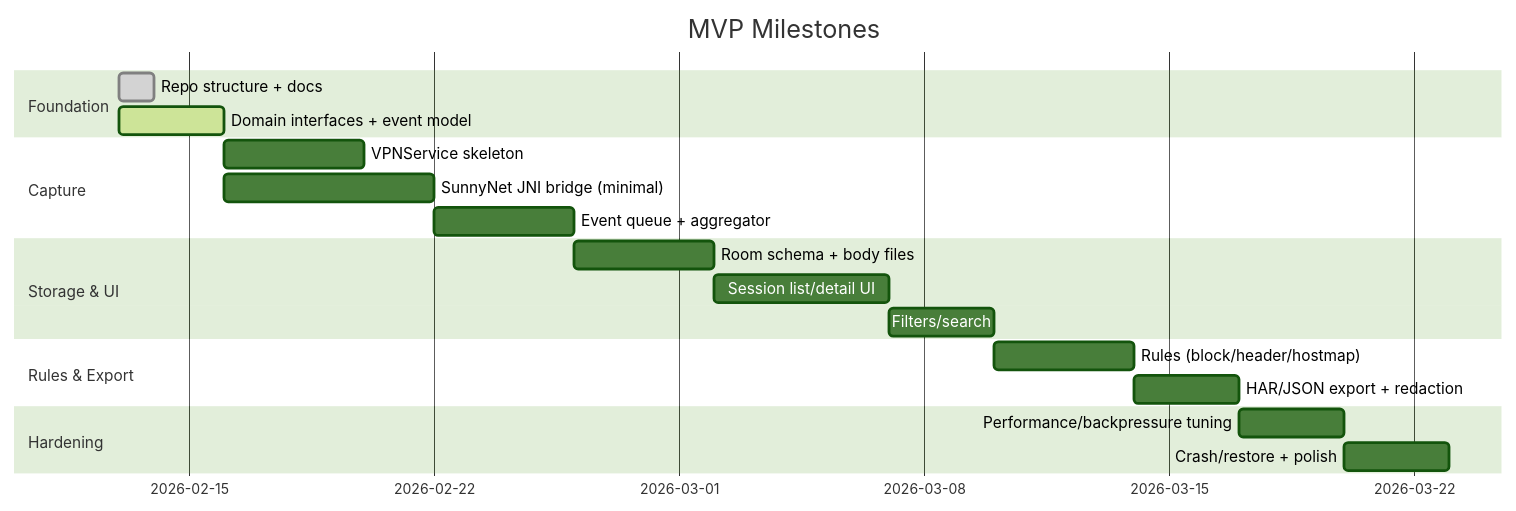
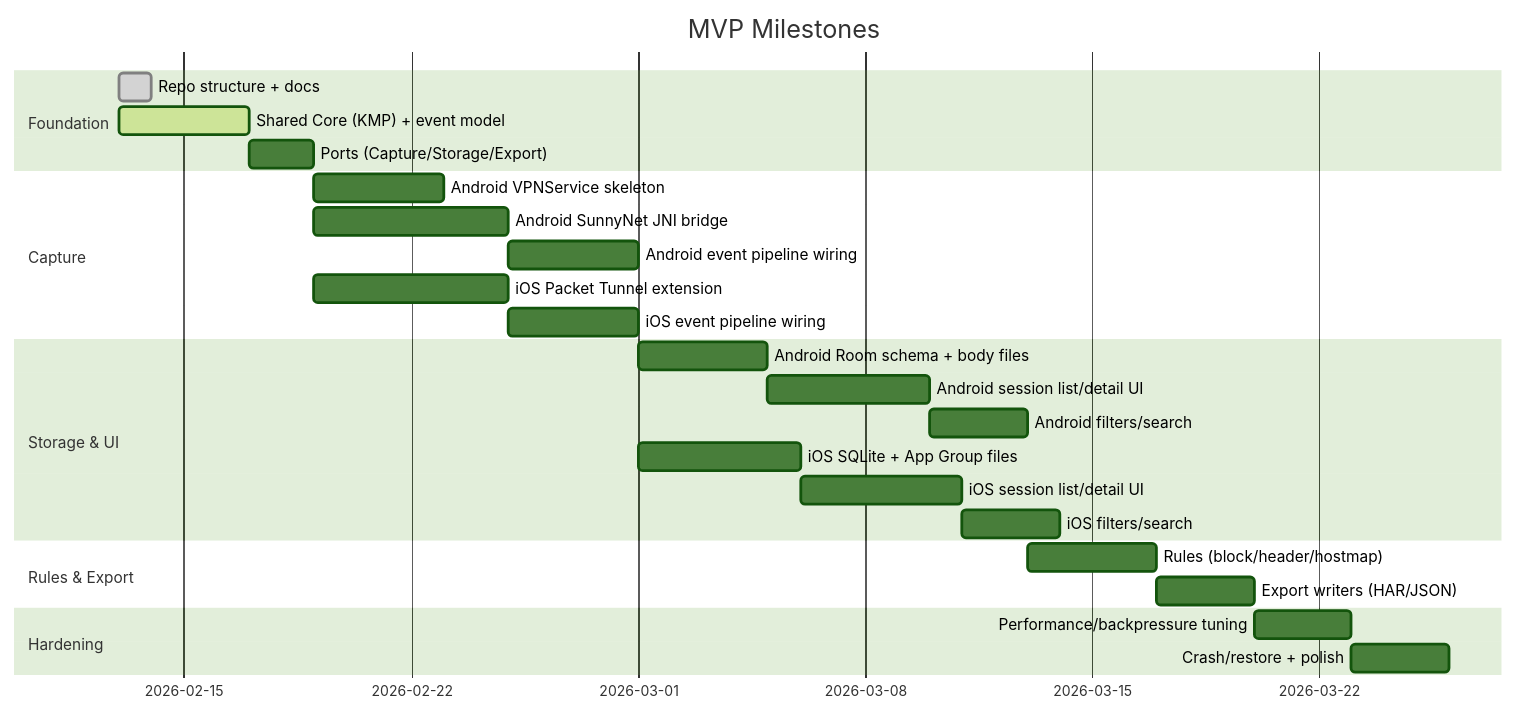
Before and after one commit to nickdu2009/FlowTrace: the diagram in doc/MVP_IMPLEMENTATION_PLAN.md, drawn with Mermaid (forest theme). The commit also changed other lines of this file and 8 other files, not shown here.

````diff
--- a/doc/MVP_IMPLEMENTATION_PLAN.md
+++ b/doc/MVP_IMPLEMENTATION_PLAN.md
@@ -5,22 +5,28 @@
 ```mermaid
 gantt
   title MVP Milestones
   dateFormat  YYYY-MM-DD
   section Foundation
   Repo structure + docs          :done,    m1, 2026-02-13, 1d
-  Domain interfaces + event model:active,  m2, 2026-02-13, 3d
+  Shared Core (KMP) + event model:active,  m2, 2026-02-13, 4d
+  Ports (Capture/Storage/Export) :         m2b, after m2, 2d
   section Capture
-  VPNService skeleton            :         m3, after m2, 4d
-  SunnyNet JNI bridge (minimal)  :         m4, after m2, 6d
-  Event queue + aggregator       :         m5, after m4, 4d
+  Android VPNService skeleton    :         m3, after m2b, 4d
+  Android SunnyNet JNI bridge    :         m4, after m2b, 6d
+  Android event pipeline wiring  :         m5, after m4, 4d
+  iOS Packet Tunnel extension    :         m3i, after m2b, 6d
+  iOS event pipeline wiring      :         m4i, after m3i, 4d
   section Storage & UI
-  Room schema + body files       :         m6, after m5, 4d
-  Session list/detail UI         :         m7, after m6, 5d
-  Filters/search                 :         m8, after m7, 3d
+  Android Room schema + body files:        m6, after m5, 4d
+  Android session list/detail UI :         m7, after m6, 5d
+  Android filters/search         :         m8, after m7, 3d
+  iOS SQLite + App Group files   :         m6i, after m4i, 5d
+  iOS session list/detail UI     :         m7i, after m6i, 5d
+  iOS filters/search             :         m8i, after m7i, 3d
   section Rules & Export
   Rules (block/header/hostmap)   :         m9, after m8, 4d
-  HAR/JSON export + redaction    :         m10, after m9, 3d
+  Export writers (HAR/JSON)      :         m10, after m9, 3d
   section Hardening
   Performance/backpressure tuning:         m11, after m10, 3d
   Crash/restore + polish         :         m12, after m11, 3d
 ```
````
